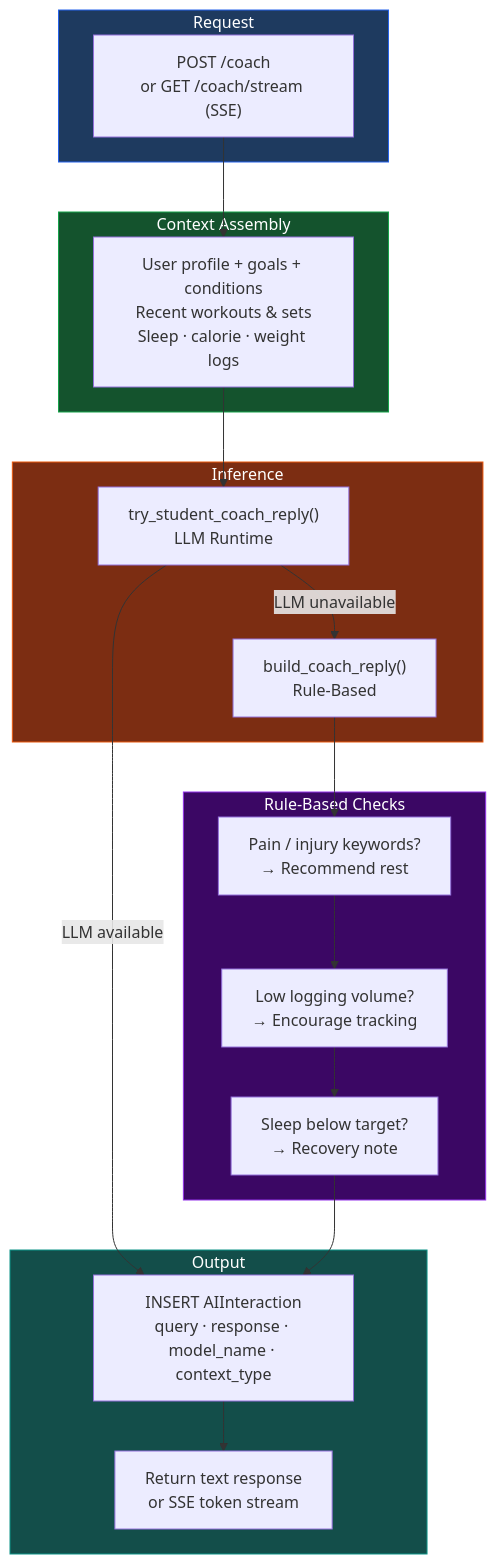
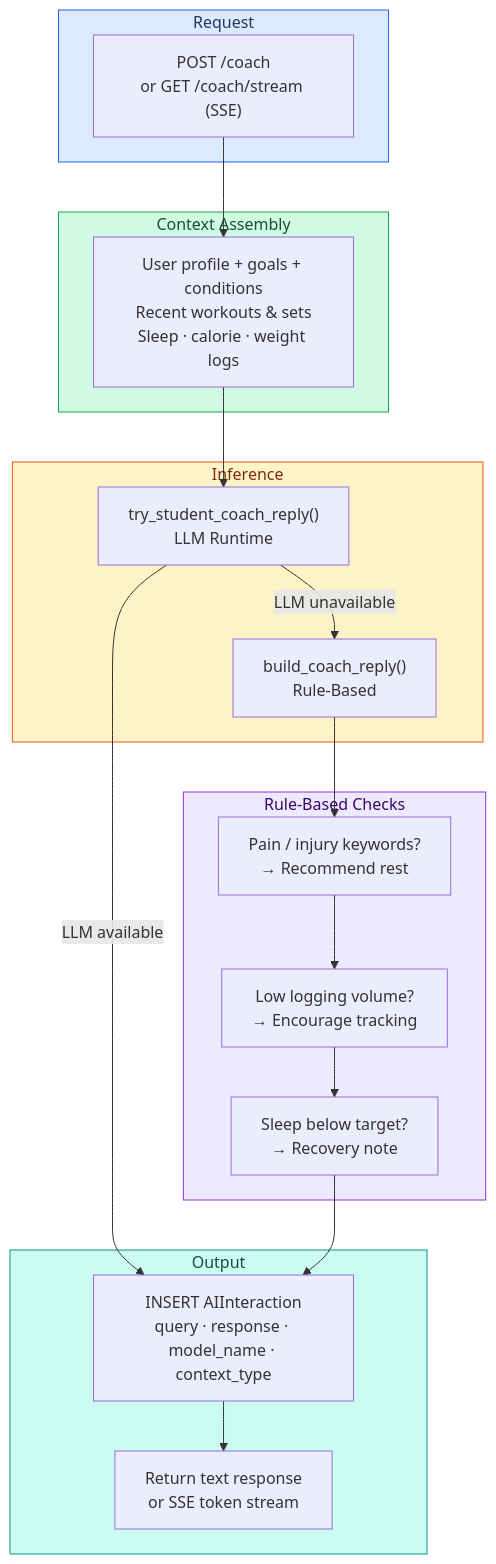
The fourth of 4 diagrams in backend/README.md (abhinavdev24/FitSenseAI), drawn with Mermaid before and after one commit. The commit also changed other lines of this file and 2 other files, not shown here.

Commit message:
feat: Update mermaid diagram styles in README.md and backend/README.md for improved visual clarity

````diff
--- a/backend/README.md
+++ b/backend/README.md
@@ -167,38 +167,38 @@
 ```mermaid
 flowchart TD
     subgraph Input["Request"]
-        style Input fill:#1E3A5F,color:#fff,stroke:#2563EB
+        style Input fill:#dbeafe,color:#1e3a5f,stroke:#2563EB
         REQ["POST /coach\nor GET /coach/stream (SSE)"]
     end
 
     subgraph Context["Context Assembly"]
-        style Context fill:#14532D,color:#fff,stroke:#16A34A
+        style Context fill:#d1fae5,color:#14532d,stroke:#16A34A
         CTX["User profile + goals + conditions\nRecent workouts & sets\nSleep · calorie · weight logs"]
     end
 
     subgraph Inference["Inference"]
-        style Inference fill:#7C2D12,color:#fff,stroke:#EA580C
+        style Inference fill:#fef3c7,color:#7c2d12,stroke:#EA580C
         STU["try_student_coach_reply()\nLLM Runtime"]
         RUL["build_coach_reply()\nRule-Based"]
     end
 
     subgraph RuleChecks["Rule-Based Checks"]
-        style RuleChecks fill:#3B0764,color:#fff,stroke:#9333EA
+        style RuleChecks fill:#ede9fe,color:#3b0764,stroke:#9333EA
         PAIN["Pain / injury keywords?\n→ Recommend rest"]
         LOG["Low logging volume?\n→ Encourage tracking"]
         SLP["Sleep below target?\n→ Recovery note"]
     end
 
     subgraph Output["Output"]
-        style Output fill:#134E4A,color:#fff,stroke:#0D9488
+        style Output fill:#ccfbf1,color:#134e4a,stroke:#0D9488
         LOGAI["INSERT AIInteraction\nquery · response · model_name · context_type"]
         RESP["Return text response\nor SSE token stream"]
     end
 
     REQ --> CTX
     CTX --> STU
     STU -->|LLM available| LOGAI
     STU -->|LLM unavailable| RUL
     RUL --> PAIN --> LOG --> SLP --> LOGAI
     LOGAI --> RESP
 ```
````
